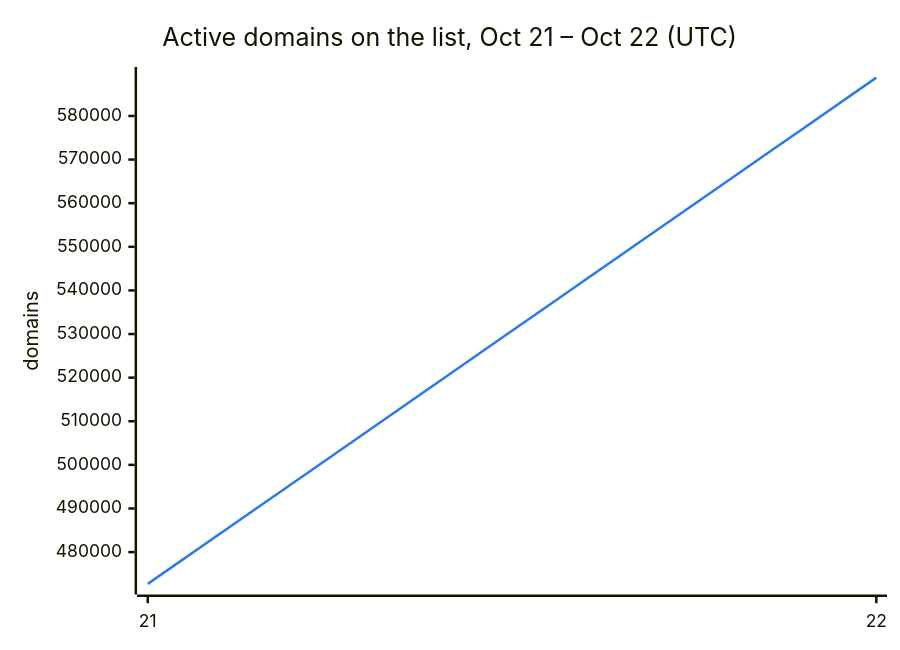
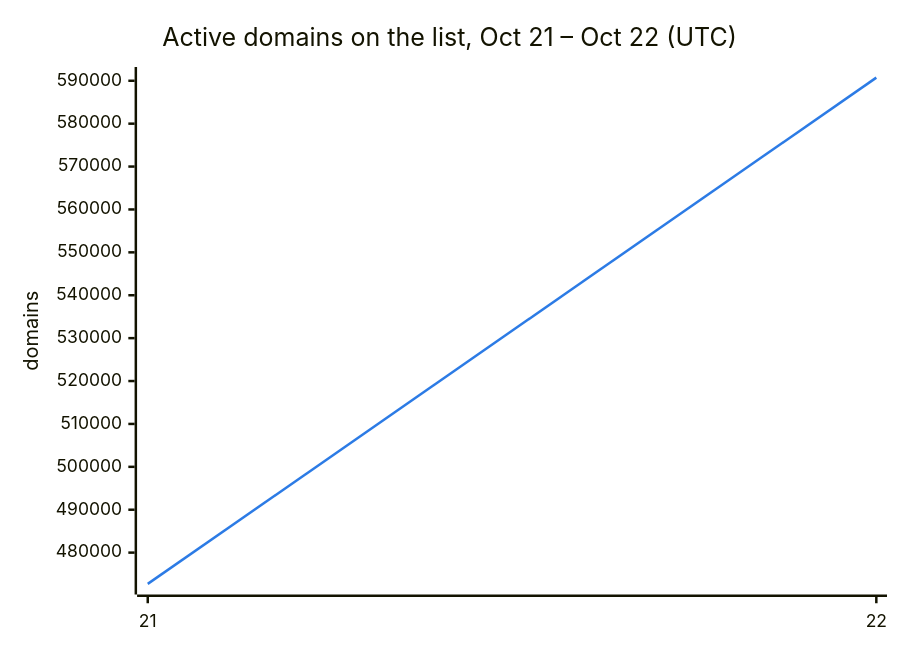
Before and after one commit to DNSBunker/CTI: the second of 3 diagrams in README.md, drawn with Mermaid. The commit also changed other lines of this file and 3 other files, not shown here.

````diff
--- a/README.md
+++ b/README.md
@@ -38,8 +38,8 @@
 ```mermaid
 %%{init: {"themeVariables": {"xyChart": {"plotColorPalette": "#2c7be5"}}}}%%
 xychart-beta
     title "Active domains on the list, Oct 21 – Oct 22 (UTC)"
     x-axis ["21", "22"]
     y-axis "domains"
-    line [472713, 588790]
+    line [472713, 590733]
 ```
````
